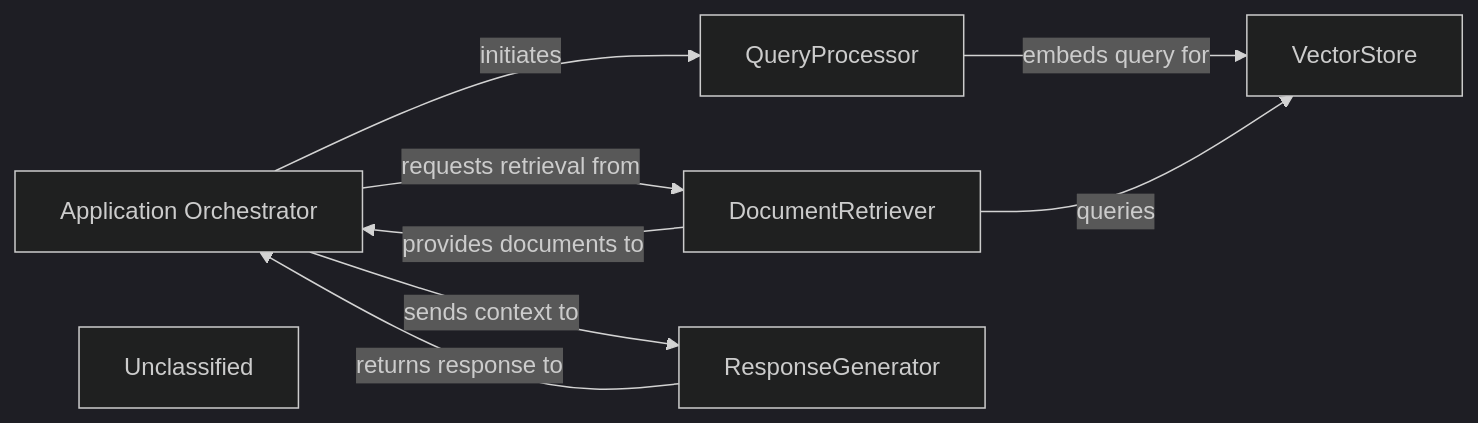
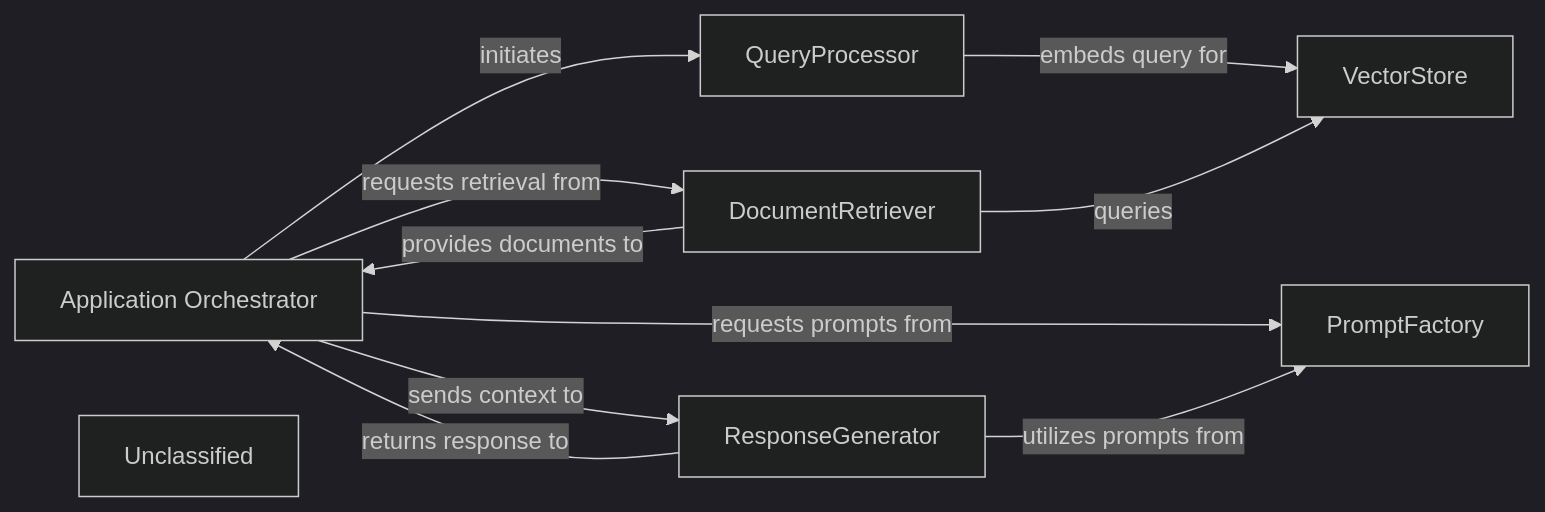
Before and after one commit to mariyam866/CodeBoarding: the diagram in .codeboarding/AI_Interpretation_Layer.md, drawn with Mermaid (dark theme). The commit also changed other lines of this file and 15 other files, not shown here.

First line of the commit message:
docs: update codeboarding documentation and generate architecture

````diff
--- a/.codeboarding/AI_Interpretation_Layer.md
+++ b/.codeboarding/AI_Interpretation_Layer.md
@@ -1,17 +1,19 @@
 ```mermaid
 graph LR
     Application_Orchestrator["Application Orchestrator"]
     QueryProcessor["QueryProcessor"]
     VectorStore["VectorStore"]
     DocumentRetriever["DocumentRetriever"]
     ResponseGenerator["ResponseGenerator"]
-    Unclassified["Unclassified"]
+    PromptFactory["PromptFactory"]
     Unclassified["Unclassified"]
     Application_Orchestrator -- "initiates" --> QueryProcessor
+    Application_Orchestrator -- "requests prompts from" --> PromptFactory
     QueryProcessor -- "embeds query for" --> VectorStore
     Application_Orchestrator -- "requests retrieval from" --> DocumentRetriever
     DocumentRetriever -- "queries" --> VectorStore
     DocumentRetriever -- "provides documents to" --> Application_Orchestrator
     Application_Orchestrator -- "sends context to" --> ResponseGenerator
+    ResponseGenerator -- "utilizes prompts from" --> PromptFactory
     ResponseGenerator -- "returns response to" --> Application_Orchestrator
 ```
````
